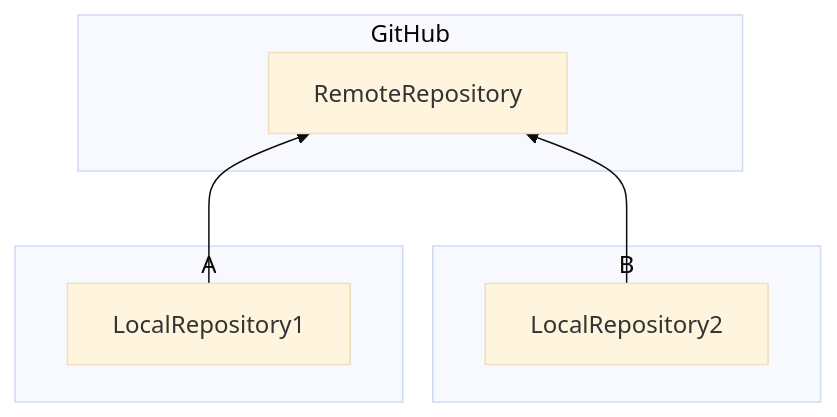
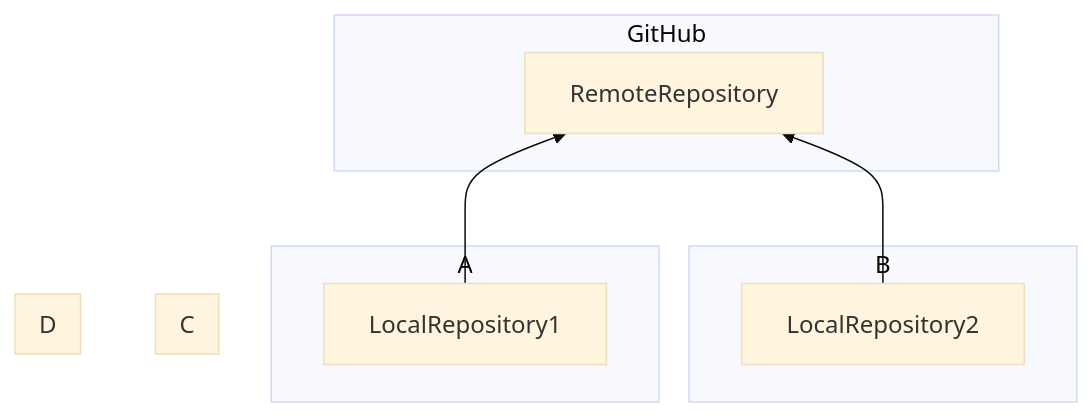
One commit to okano-tomoyuki/github_introduction changed the third of 3 diagrams in README.md. Above: the diagram before and after it, drawn with Mermaid (base theme). The commit also changed other lines of this file, not shown here.

````diff
--- a/README.md
+++ b/README.md
@@ -101,19 +114,25 @@
 ``` mermaid
 graph BT
 
   subgraph GitHub
     RemoteRepository
   end
   
   subgraph A 
     LocalRepository1
   end
   
   subgraph B
     LocalRepository2
   end
   
+  subgraph C
+  end
+  
+  subgraph D
+  end
+  
   LocalRepository1 --> RemoteRepository
   LocalRepository2 --> RemoteRepository
   
 ```
````
